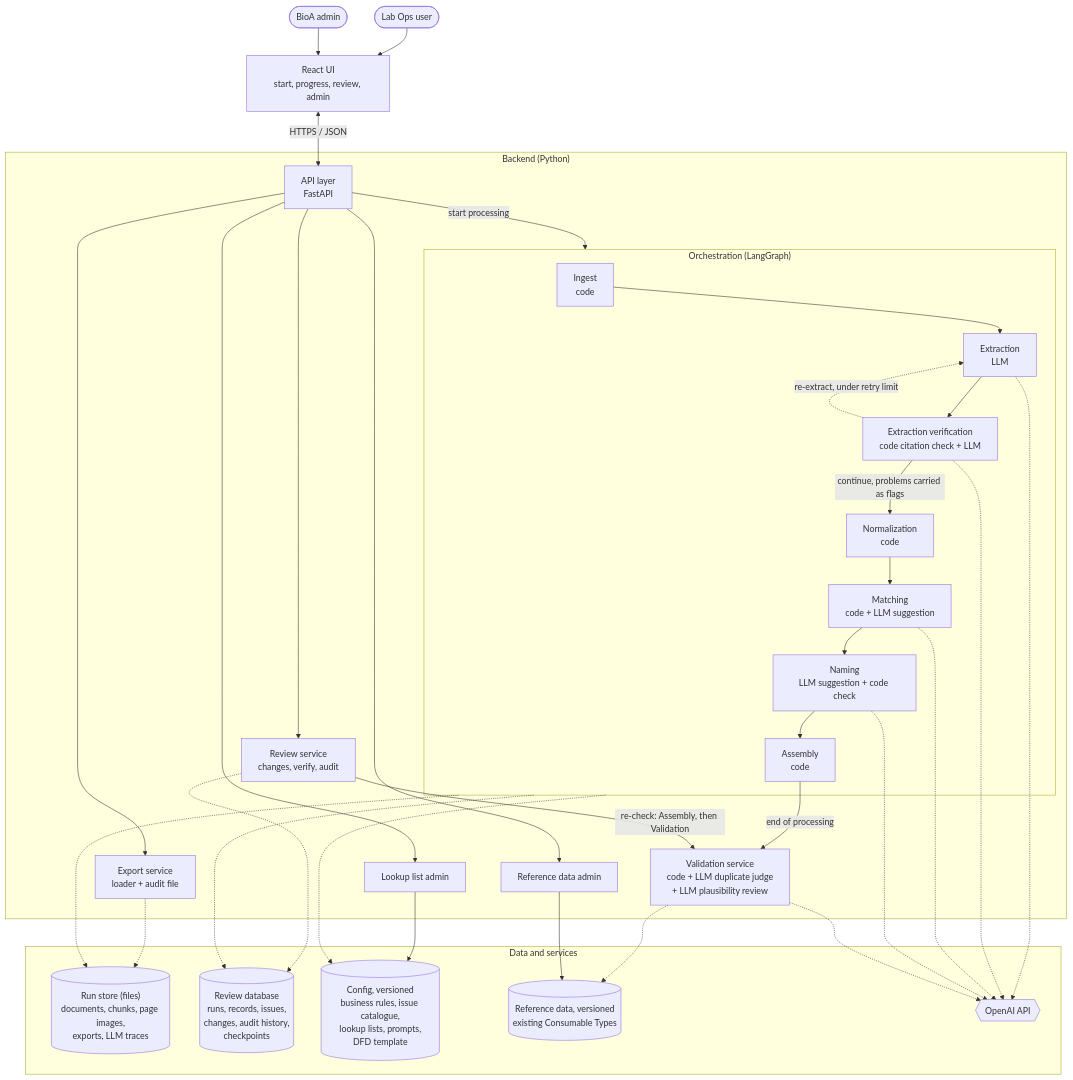
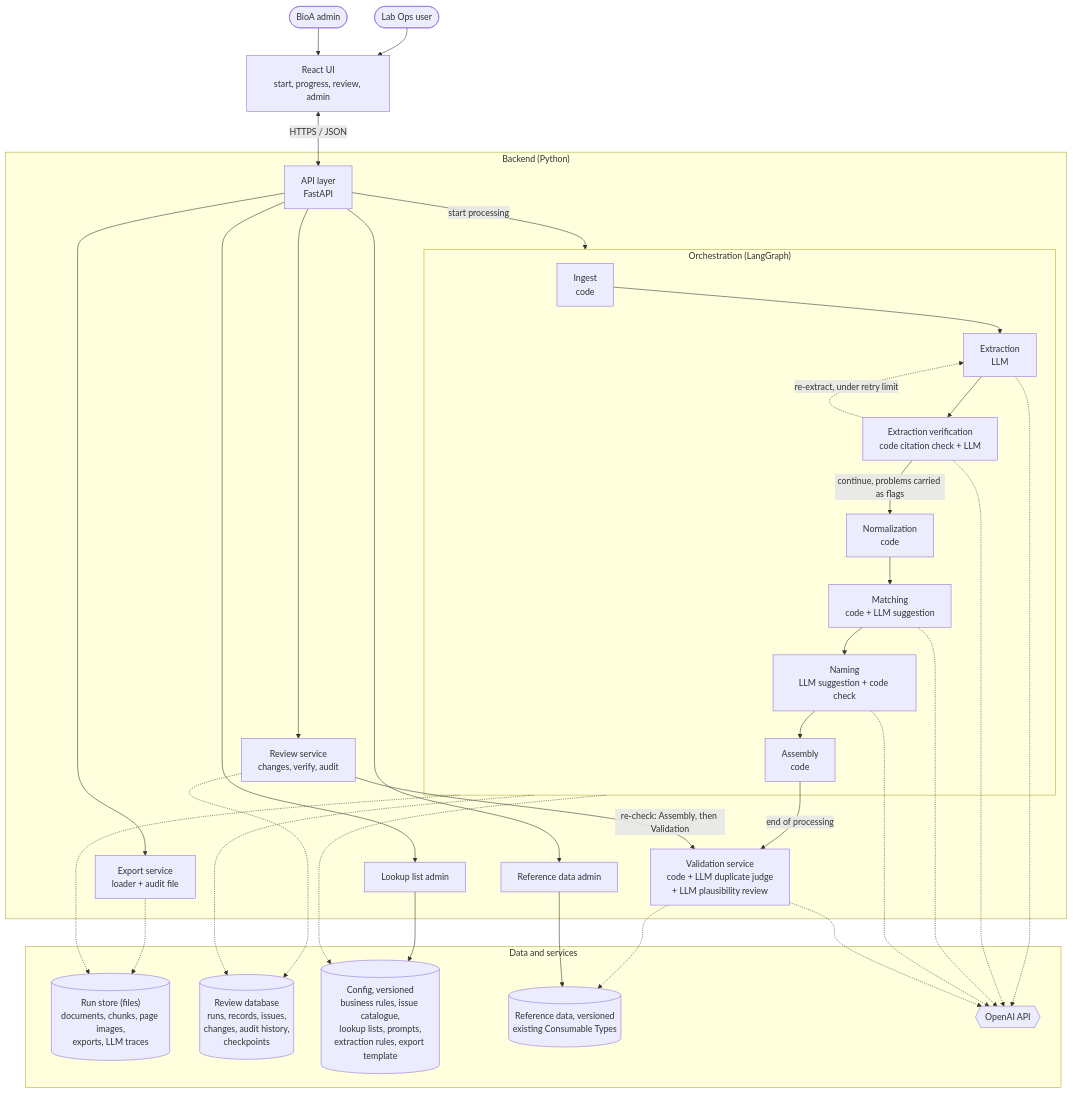
One commit to sbankesCC/BIOA_LIMS_MD_TOOL changed the first of 2 diagrams in docs/ARCHITECTURE.md. Above: the diagram before and after it, drawn with Mermaid. The commit also changed other lines of this file and 5 other files, not shown here.

Commit message:
Document the M3b config files: extraction rules, export template, naming rules

````diff
--- a/docs/ARCHITECTURE.md
+++ b/docs/ARCHITECTURE.md
@@ -61,60 +61,60 @@
 ```mermaid
 flowchart TB
     user(["Lab Ops user"])
     admin(["BioA admin"])
     ui["React UI<br/>start, progress, review, admin"]
     user --> ui
     admin --> ui
 
     subgraph backend["Backend (Python)"]
         api["API layer<br/>FastAPI"]
         subgraph orch["Orchestration (LangGraph)"]
             ingest["Ingest<br/>code"]
             extract["Extraction<br/>LLM"]
             everify["Extraction verification<br/>code citation check + LLM"]
             normalize["Normalization<br/>code"]
             matching["Matching<br/>code + LLM suggestion"]
             naming["Naming<br/>LLM suggestion + code check"]
             assembly["Assembly<br/>code"]
             ingest --> extract --> everify
             everify -->|"continue, problems carried as flags"| normalize
             everify -.->|"re-extract, under retry limit"| extract
             normalize --> matching --> naming --> assembly
         end
         validate["Validation service<br/>code + LLM duplicate judge<br/>+ LLM plausibility review"]
         review["Review service<br/>changes, verify, audit"]
         export["Export service<br/>loader + audit file"]
         listadmin["Lookup list admin"]
         refadmin["Reference data admin"]
         api -->|"start processing"| orch
         assembly -->|"end of processing"| validate
         api --> review
         review -->|"re-check: Assembly, then Validation"| validate
         api --> export
         api --> listadmin
         api --> refadmin
     end
 
     subgraph stores["Data and services"]
         runs[("Run store (files)<br/>documents, chunks, page images,<br/>exports, LLM traces")]
         db[("Review database<br/>runs, records, issues,<br/>changes, audit history,<br/>checkpoints")]
-        config[("Config, versioned<br/>business rules, issue catalogue,<br/>lookup lists, prompts,<br/>DFD template")]
+        config[("Config, versioned<br/>business rules, issue catalogue,<br/>lookup lists, prompts,<br/>extraction rules, export template")]
         ref[("Reference data, versioned<br/>existing Consumable Types")]
         llm{{"OpenAI API"}}
     end
 
     ui <-->|"HTTPS / JSON"| api
     extract -.-> llm
     everify -.-> llm
     matching -.-> llm
     naming -.-> llm
     validate -.-> llm
     orch -.-> runs
     orch -.-> db
     review -.-> db
     orch -.-> config
     validate -.-> ref
     export -.-> runs
     listadmin --> config
     refadmin --> ref
 ```
````
